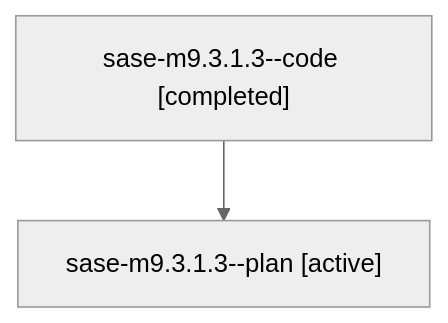
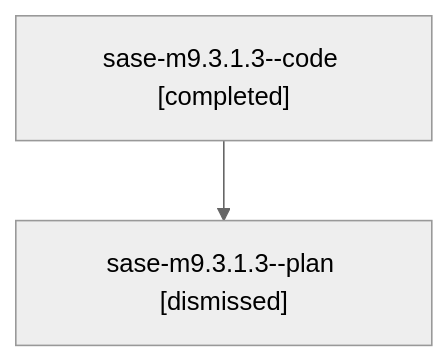
Before and after one commit to sase-org/sase--agents: the diagram in sessions/bbugyi200.athena.sase-m9.3.1.3.md, drawn with Mermaid (neutral theme). The commit also changed other lines of this file and 218 other files, not shown here.

````diff
--- a/sessions/bbugyi200.athena.sase-m9.3.1.3.md
+++ b/sessions/bbugyi200.athena.sase-m9.3.1.3.md
@@ -9,6 +9,6 @@
 ```mermaid
 flowchart TD
   n0["sase-m9.3.1.3--code [completed]"]
-  n1["sase-m9.3.1.3--plan [active]"]
+  n1["sase-m9.3.1.3--plan [dismissed]"]
   n0 --> n1
 ```
````
